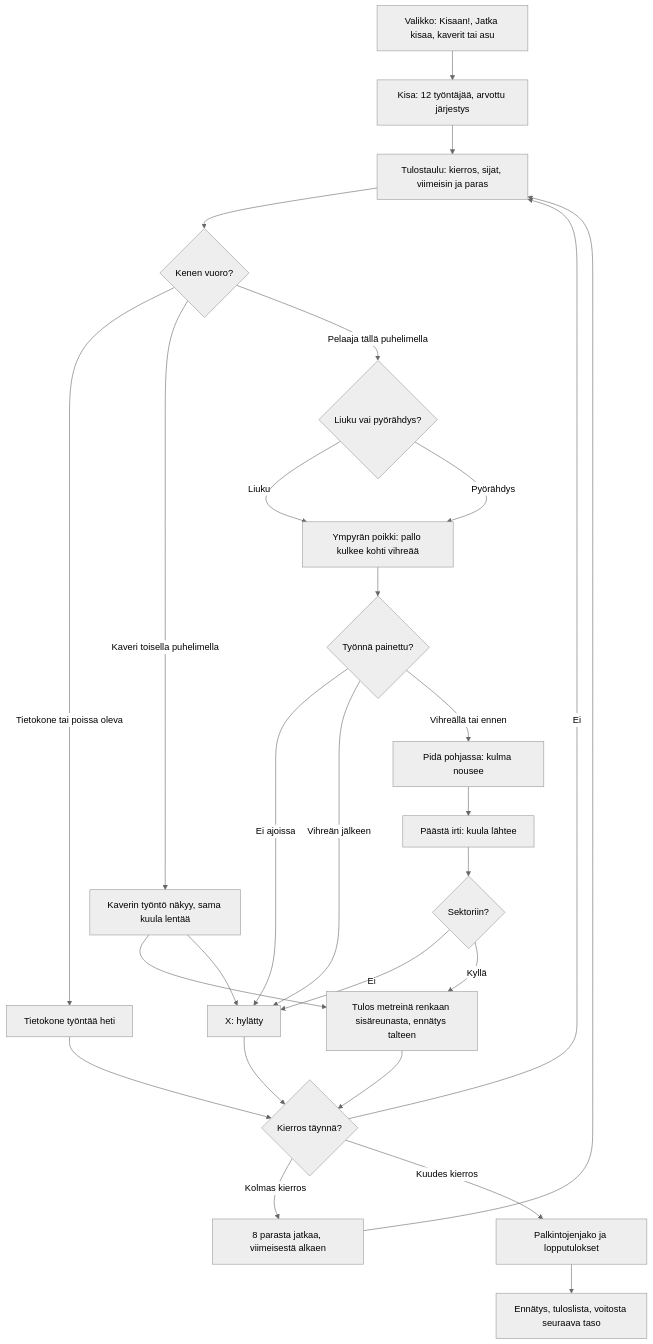
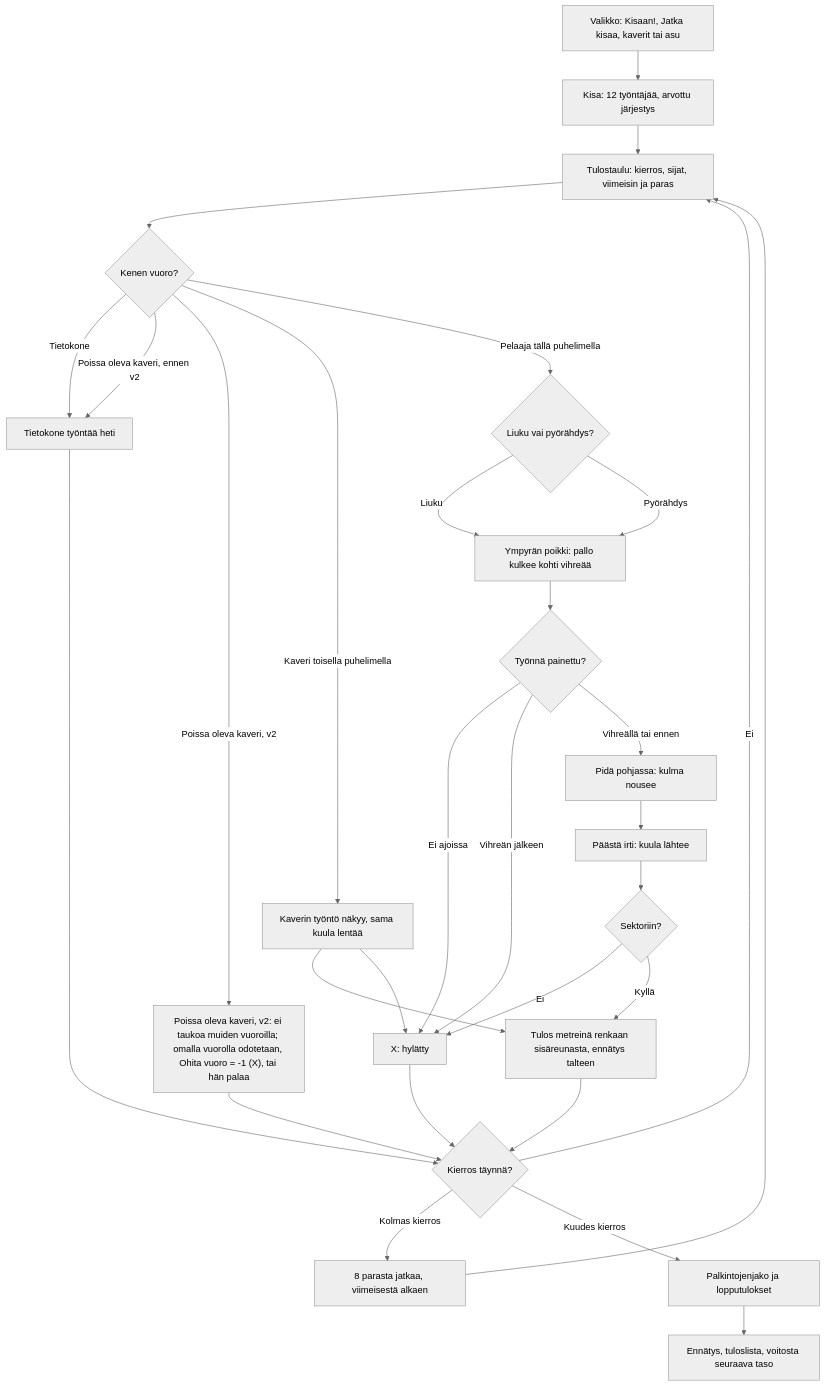
Before and after one commit to eerovil/ai-pelit: the diagram in docs/diagrams/kuulantyonto.md, drawn with Mermaid (neutral theme). The commit also changed other lines of this file and 6 other files, not shown here.

Commit message:
Event diagrams: an away friend waits for their turn, skipped as a miss, no computer (#297)

````diff
--- a/docs/diagrams/kuulantyonto.md
+++ b/docs/diagrams/kuulantyonto.md
@@ -12,35 +12,38 @@
 ```mermaid
 flowchart TD
   M[Valikko: Kisaan!, Jatka kisaa, kaverit tai asu] --> K[Kisa: 12 työntäjää, arvottu järjestys]
   K --> T[Tulostaulu: kierros, sijat, viimeisin ja paras]
   T --> Q{Kenen vuoro?}
-  Q -- Tietokone tai poissa oleva --> CPU[Tietokone työntää heti]
+  Q -- Tietokone --> CPU[Tietokone työntää heti]
+  Q -- Poissa oleva kaveri, ennen v2 --> CPU
+  Q -- Poissa oleva kaveri, v2 --> AWAY["Poissa oleva kaveri, v2: ei taukoa muiden vuoroilla; omalla vuorolla odotetaan, Ohita vuoro = -1 (X), tai hän palaa"]
+  AWAY --> NX
   CPU --> NX
   Q -- Kaveri toisella puhelimella --> WT[Kaverin työntö näkyy, sama kuula lentää]
   Q -- Pelaaja tällä puhelimella --> P{Liuku vai pyörähdys?}
   P -- Liuku --> MV[Ympyrän poikki: pallo kulkee kohti vihreää]
   P -- Pyörähdys --> MV
   MV --> TP{Työnnä painettu?}
   TP -- Ei ajoissa --> X[X: hylätty]
   TP -- Vihreän jälkeen --> X
   TP -- Vihreällä tai ennen --> H[Pidä pohjassa: kulma nousee]
   H --> REL[Päästä irti: kuula lähtee]
   REL --> SEC{Sektoriin?}
   SEC -- Ei --> X
   SEC -- Kyllä --> D[Tulos metreinä renkaan sisäreunasta, ennätys talteen]
   WT --> D
   WT --> X
   D --> NX{Kierros täynnä?}
   X --> NX
   NX -- Ei --> T
   NX -- Kolmas kierros --> CUT[8 parasta jatkaa, viimeisestä alkaen]
   NX -- Kuudes kierros --> END[Palkintojenjako ja lopputulokset]
   CUT --> T
   END --> SV[Ennätys, tuloslista, voitosta seuraava taso]
   class M,MV,H,REL,T blue
-  class CPU,WT violet
+  class CPU,WT,AWAY violet
   class Q,P,TP,SEC,NX amber
   class K,D,CUT teal
   class X rose
   class END,SV green
 ```
````
